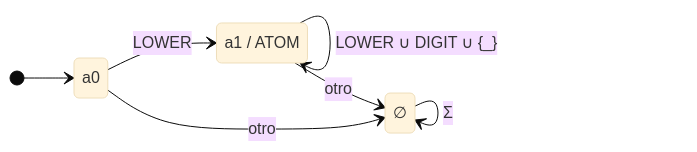
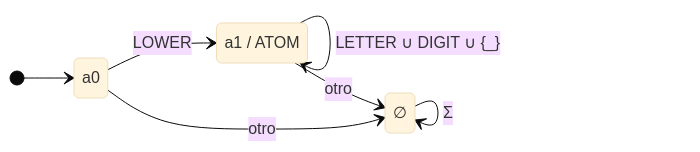
The first of 6 diagrams in docs/automatas/01_automatas_principales.md (FernandoValdes01/Tarea01TC), drawn with Mermaid (base theme) before and after one commit. The commit also changed other lines of this file and 17 other files, not shown here.

First line of the commit message:
docs: aplica correcciones de pauta — ATOM [a-z][A-Za-z0-9_]*, ER formales, figuras 4-5 y anexo LETTER

````diff
--- a/docs/automatas/01_automatas_principales.md
+++ b/docs/automatas/01_automatas_principales.md
@@ -41,12 +41,12 @@
 ```mermaid
 stateDiagram-v2
     direction LR
     [*] --> a0
     a0 --> a1: LOWER
     a0 --> dead: otro
     state "a1 / ATOM" as a1
     state "∅" as dead
-    a1 --> a1: LOWER ∪ DIGIT ∪ {_}
+    a1 --> a1: LETTER ∪ DIGIT ∪ {_}
     a1 --> dead: otro
     dead --> dead: Σ
 ```
````
